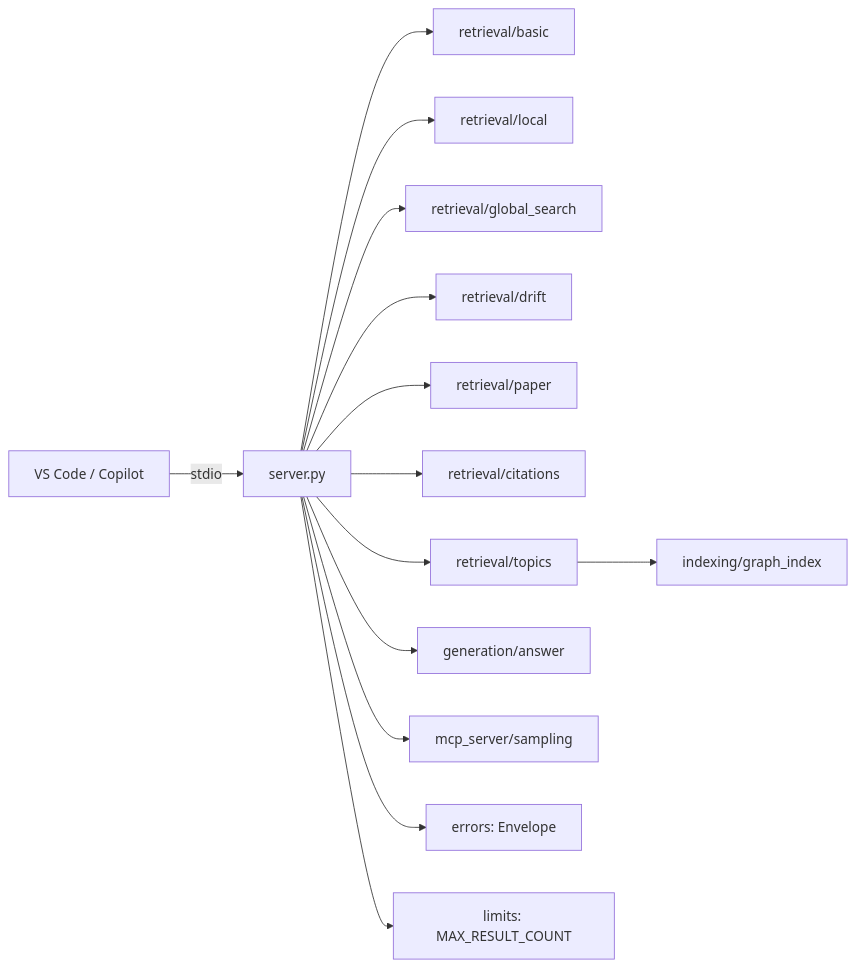
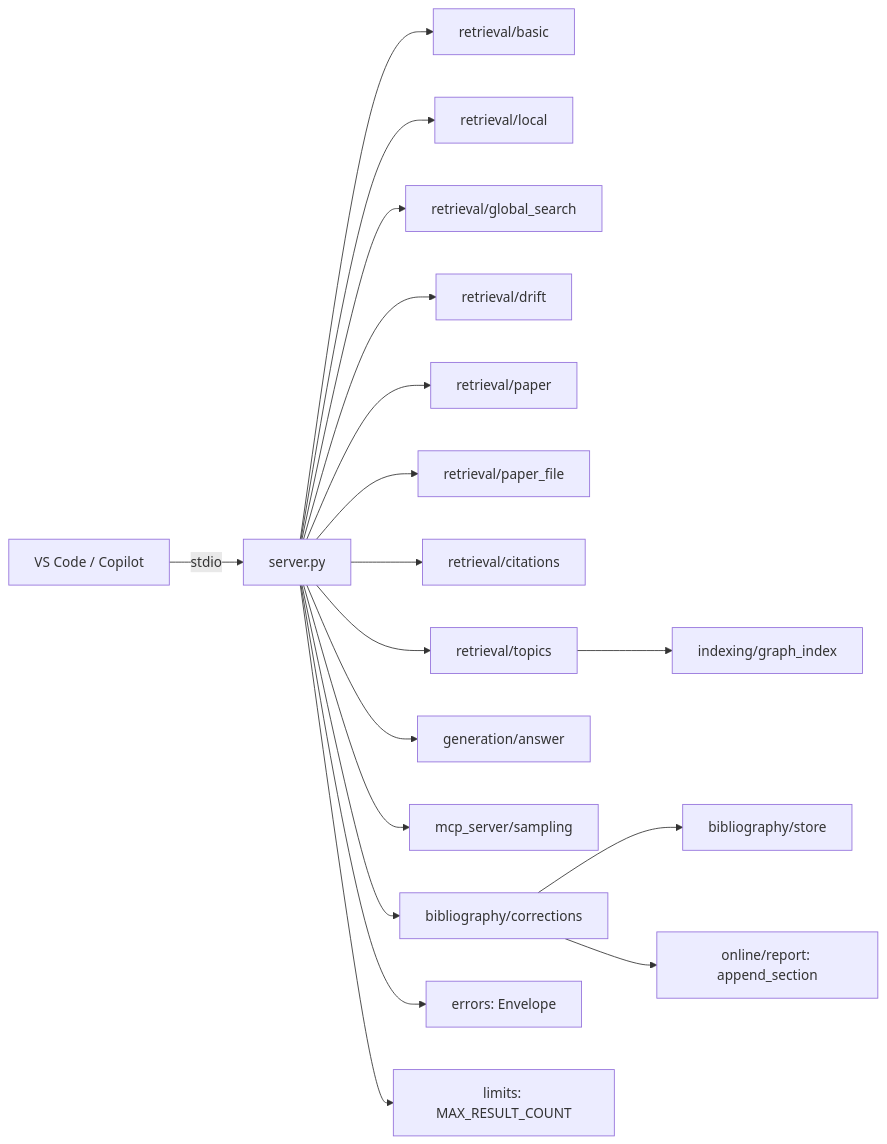
Before and after one commit to MomoEngineer/research-graphrag: the third of 3 diagrams in src/research_graphrag/mcp_server/doc/server.md, drawn with Mermaid. The commit also changed other lines of this file and 15 other files, not shown here.

````diff
--- a/src/research_graphrag/mcp_server/doc/server.md
+++ b/src/research_graphrag/mcp_server/doc/server.md
@@ -142,16 +150,20 @@
 ```mermaid
 flowchart LR
     VS["VS Code / Copilot"] -->|stdio| SV["server.py"]
     SV --> RB["retrieval/basic"]
     SV --> RL["retrieval/local"]
     SV --> RG["retrieval/global_search"]
     SV --> RD["retrieval/drift"]
     SV --> RP["retrieval/paper"]
+    SV --> RPF["retrieval/paper_file"]
     SV --> RC["retrieval/citations"]
     SV --> RT["retrieval/topics"]
     SV --> AN["generation/answer"]
     SV --> SM["mcp_server/sampling"]
+    SV --> BC["bibliography/corrections"]
     SV --> ER["errors: Envelope"]
     SV --> LM["limits: MAX_RESULT_COUNT"]
     RT --> GI["indexing/graph_index"]
+    BC --> BS["bibliography/store"]
+    BC --> LOG["online/report: append_section"]
 ```
````
